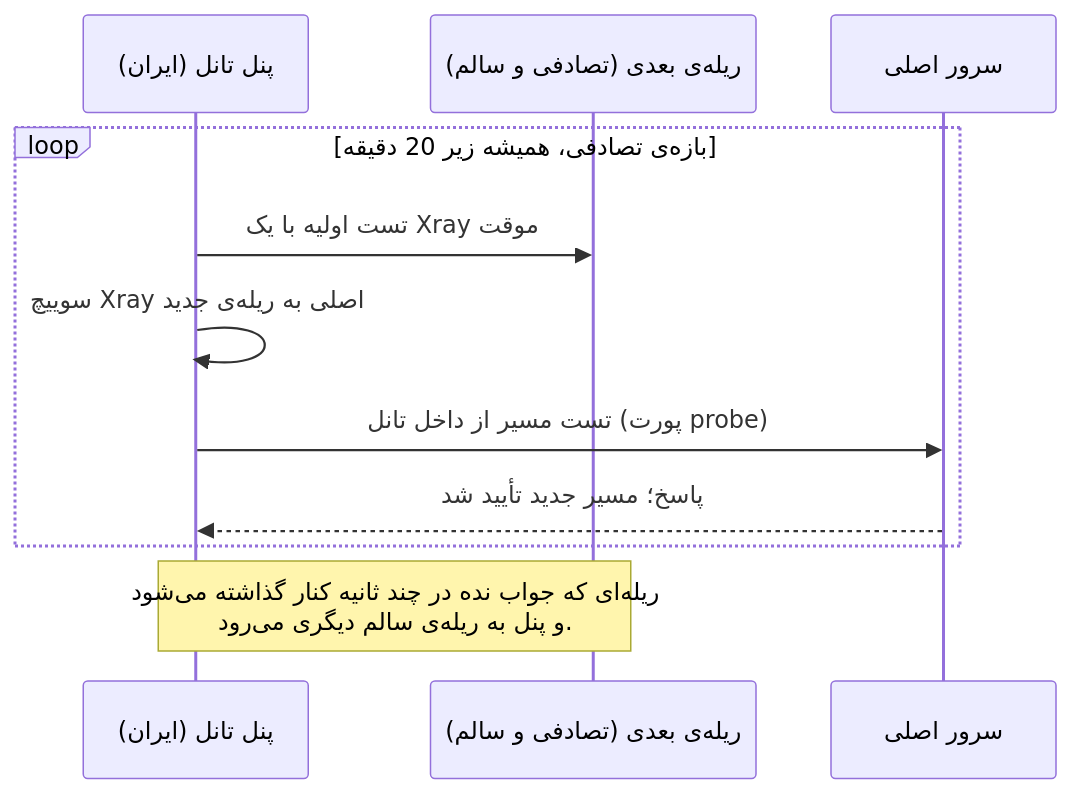
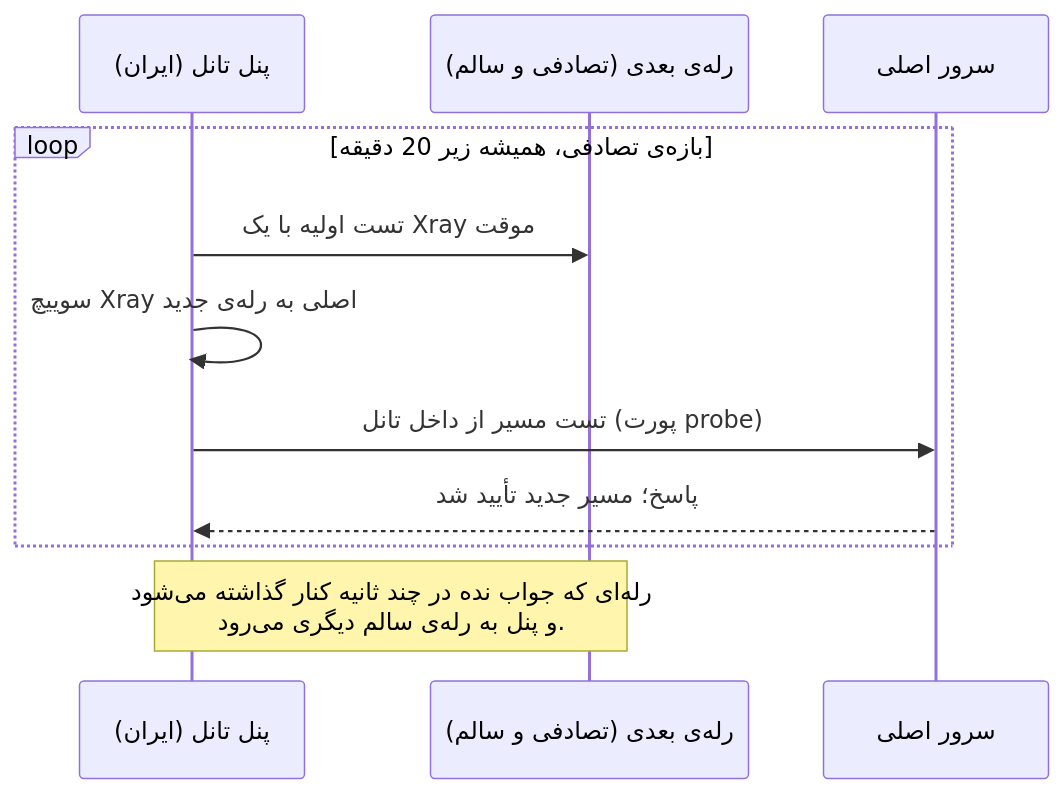
One commit to MahanAmini/openvpn changed the second of 2 diagrams in overlay/README.fa.md. Above: the diagram before and after it, drawn with Mermaid. The commit also changed other lines of this file, not shown here.

````diff
--- a/overlay/README.fa.md
+++ b/overlay/README.fa.md
@@ -60,13 +60,13 @@
 ```mermaid
 sequenceDiagram
     participant P as پنل تانل (ایران)
-    participant B as ریله‌ی بعدی (تصادفی و سالم)
+    participant B as رله‌ی بعدی (تصادفی و سالم)
     participant M as سرور اصلی
     loop بازه‌ی تصادفی، همیشه زیر 20 دقیقه
         P->>B: تست اولیه با یک Xray موقت
-        P->>P: سوییچ Xray اصلی به ریله‌ی جدید
+        P->>P: سوییچ Xray اصلی به رله‌ی جدید
         P->>M: تست مسیر از داخل تانل (پورت probe)
         M-->>P: پاسخ؛ مسیر جدید تأیید شد
     end
-    Note over P,B: ریله‌ای که جواب نده در چند ثانیه کنار گذاشته می‌شود<br/>و پنل به ریله‌ی سالم دیگری می‌رود.
+    Note over P,B: رله‌ای که جواب نده در چند ثانیه کنار گذاشته می‌شود<br/>و پنل به رله‌ی سالم دیگری می‌رود.
 ```
````
